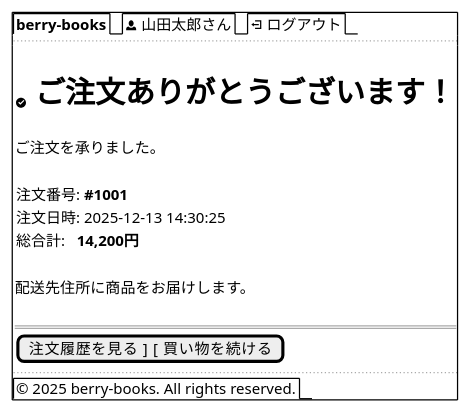
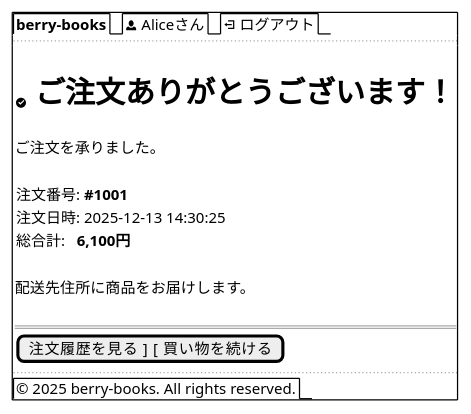
One commit to KenyaSaitoh/ai_dev_training_202512 changed the seventh of 13 diagrams in projects/java/berry-books-spec-driven/specs/wireframes.md. Above: the diagram before and after it, drawn with PlantUML. The commit also changed other lines of this file and 13 other files, not shown here.

````diff
--- a/projects/java/berry-books-spec-driven/specs/wireframes.md
+++ b/projects/java/berry-books-spec-driven/specs/wireframes.md
@@ -401,27 +401,27 @@
 ```plantuml
 @startsalt
 {+
-  {/ <b>berry-books</b> | <&person> 山田太郎さん | <&account-logout> ログアウト }
+  {/ <b>berry-books</b> | <&person> Aliceさん | <&account-logout> ログアウト }
   ..
   {
     .
     <&circle-check><size:24> <b>ご注文ありがとうございます！</b>
     .
     ご注文を承りました。
     .
     {
       注文番号: <b>#1001</b>
       注文日時: 2025-12-13 14:30:25
-      総合計:   <b>14,200円</b>
+      総合計:   <b>6,100円</b>
     }
     .
     配送先住所に商品をお届けします。
     .
     ==
     [  注文履歴を見る  ]  [  買い物を続ける  ]
   }
   ..
   {/ © 2025 berry-books. All rights reserved. }
 }
 @endsalt
 ```
````
